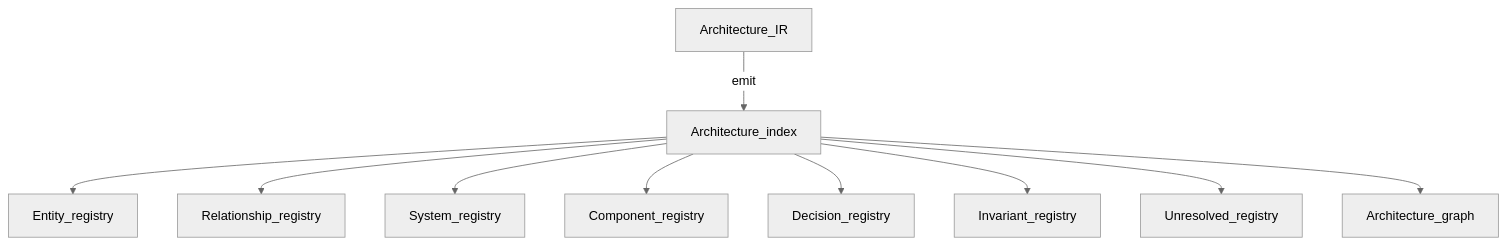
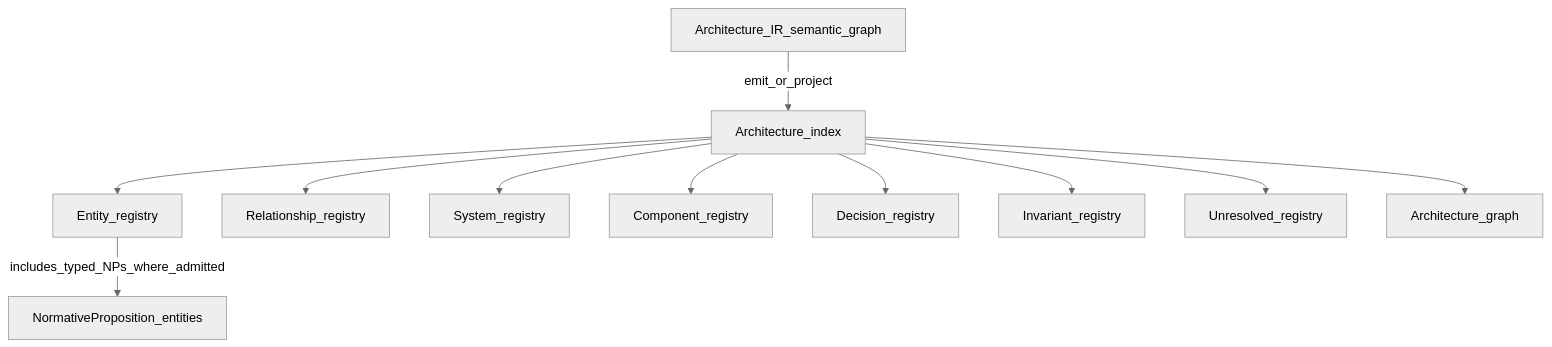
One commit to egallmann/ste-handbook changed the diagram in 04-architecture-model/04-07-ir-as-a-graph.md. Above: the diagram before and after it, drawn with Mermaid (neutral theme). The commit also changed other lines of this file and 14 other files, not shown here.

First line of the commit message:
docs(part4): rebaseline architecture IR semantic model

````diff
--- a/04-architecture-model/04-07-ir-as-a-graph.md
+++ b/04-architecture-model/04-07-ir-as-a-graph.md
@@ -29,14 +33,15 @@
 ```mermaid
 flowchart TB
-  IR[Architecture_IR]
+  IR[Architecture_IR_semantic_graph]
   IDX[Architecture_index]
-  IR -->|"emit"| IDX
+  IR -->|"emit_or_project"| IDX
   IDX --> ENT[Entity_registry]
   IDX --> REL[Relationship_registry]
   IDX --> SYS[System_registry]
   IDX --> CMP[Component_registry]
   IDX --> DEC[Decision_registry]
   IDX --> INV[Invariant_registry]
   IDX --> UNR[Unresolved_registry]
   IDX --> GRA[Architecture_graph]
+  ENT -->|"includes_typed_NPs_where_admitted"| NP[NormativeProposition_entities]
 ```
````
